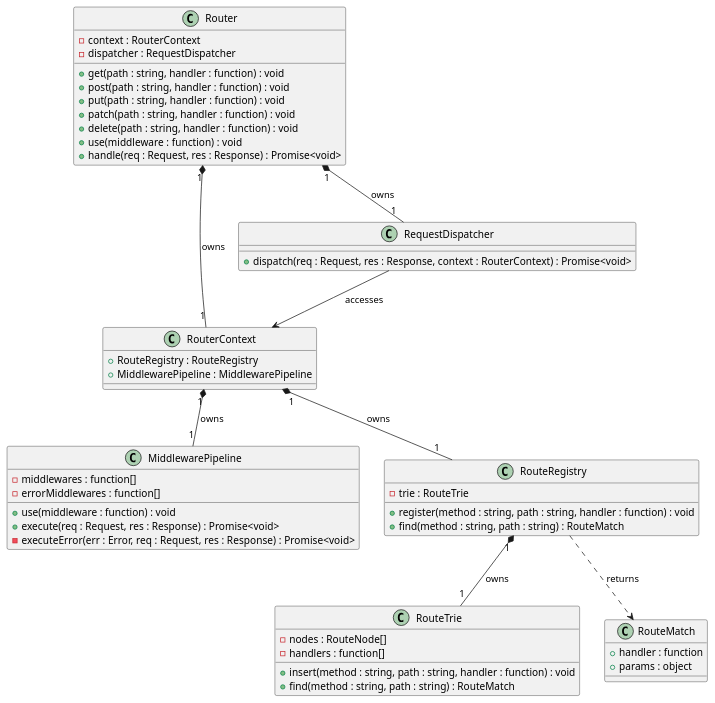
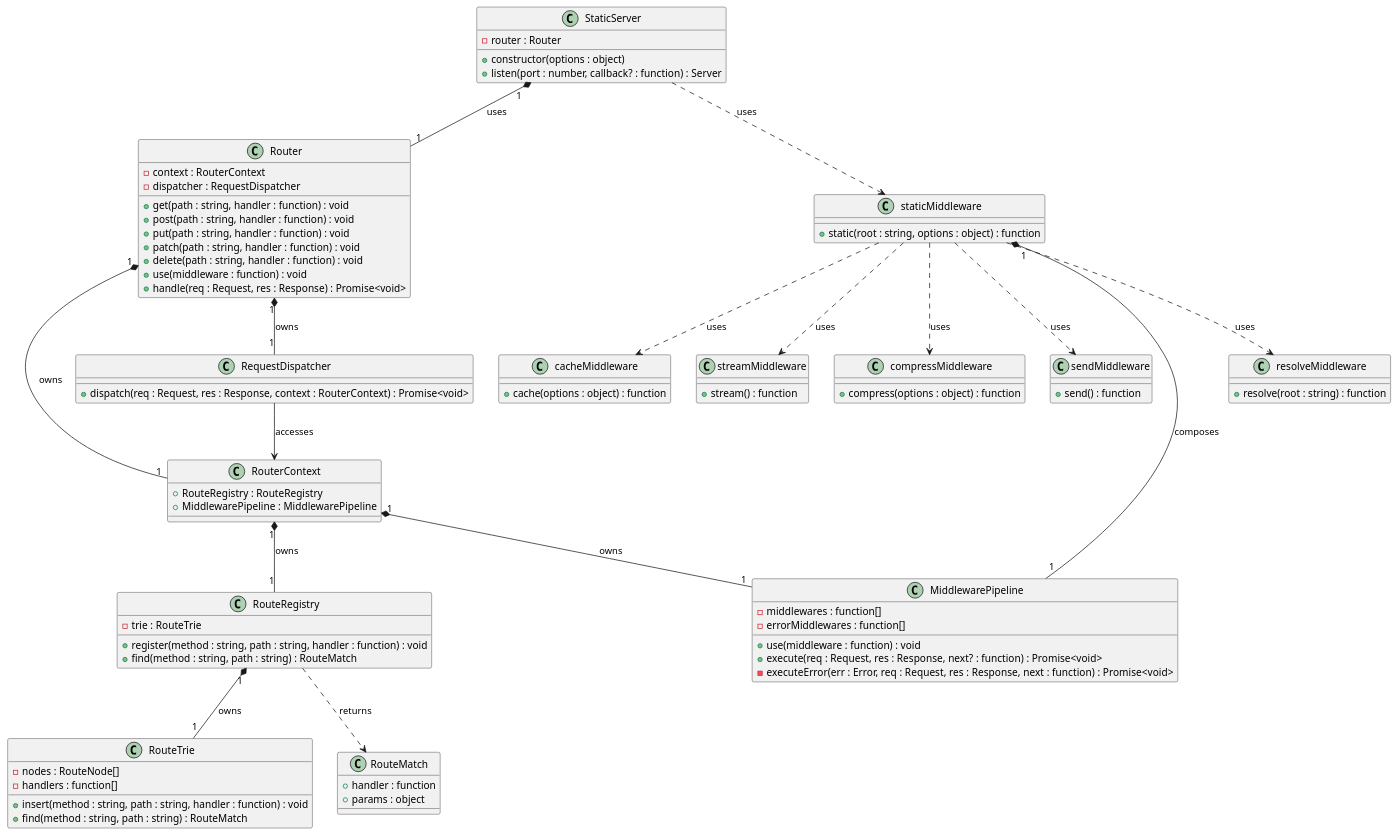
The diagram in docs/class diagrams/diagram.puml (Ali-Wael-Hassan/duck-node-router), drawn with PlantUML before and after one commit. The commit also changed 15 other files, not shown here.

Commit message:
Implemented: static file pipeline middleware (resolve, cache, stream, compress, send), StaticServer, req.handled dispatch support, req.path normalization. Updated: README, class diagram, and sequence diagrams. Fixed: MiddlewarePipeline error-middleware infinite recursion, src/server/inedx.js typo

```diff
--- a/docs/class diagrams/diagram.puml
+++ b/docs/class diagrams/diagram.puml
@@ -1,65 +1,108 @@
 @startuml Router
 
 class RouterContext {
     {field} + RouteRegistry : RouteRegistry
     {field} + MiddlewarePipeline : MiddlewarePipeline
 }
 
 class Router {
     {field} - context : RouterContext
     {field} - dispatcher : RequestDispatcher
 
     {method} + get(path : string, handler : function) : void
     {method} + post(path : string, handler : function) : void
     {method} + put(path : string, handler : function) : void
     {method} + patch(path : string, handler : function) : void
     {method} + delete(path : string, handler : function) : void
     {method} + use(middleware : function) : void
     {method} + handle(req : Request, res : Response) : Promise<void>
 }
 
 class MiddlewarePipeline {
     {field} - middlewares : function[]
     {field} - errorMiddlewares : function[]
 
     {method} + use(middleware : function) : void
-    {method} + execute(req : Request, res : Response) : Promise<void>
-    {method} - executeError(err : Error, req : Request, res : Response) : Promise<void>
+    {method} + execute(req : Request, res : Response, next? : function) : Promise<void>
+    {method} - executeError(err : Error, req : Request, res : Response, next : function) : Promise<void>
 }
 
 class RouteRegistry {
     {field} - trie : RouteTrie
 
     {method} + register(method : string, path : string, handler : function) : void
     {method} + find(method : string, path : string) : RouteMatch
 }
 
 class RouteTrie {
     {field} - nodes : RouteNode[]
     {field} - handlers : function[]
 
     {method} + insert(method : string, path : string, handler : function) : void
     {method} + find(method : string, path : string) : RouteMatch
 }
 
 class RequestDispatcher {
     {method} + dispatch(req : Request, res : Response, context : RouterContext) : Promise<void>
 }
 
 class RouteMatch {
     {field} + handler : function
     {field} + params : object
 }
 
+class StaticServer {
+    {field} - router : Router
+
+    {method} + constructor(options : object)
+    {method} + listen(port : number, callback? : function) : Server
+}
+
+' --- static middleware pipeline ---
+
+class staticMiddleware {
+    {method} + static(root : string, options : object) : function
+}
+
+class resolveMiddleware {
+    {method} + resolve(root : string) : function
+}
+
+class cacheMiddleware {
+    {method} + cache(options : object) : function
+}
+
+class streamMiddleware {
+    {method} + stream() : function
+}
+
+class compressMiddleware {
+    {method} + compress(options : object) : function
+}
+
+class sendMiddleware {
+    {method} + send() : function
+}
+
 Router "1" *-- "1" RouterContext : owns
 Router "1" *-- "1" RequestDispatcher : owns
 
 RouterContext "1" *-- "1" RouteRegistry : owns
 RouterContext "1" *-- "1" MiddlewarePipeline : owns
 
 RouteRegistry "1" *-- "1" RouteTrie : owns
 RouteRegistry ..> RouteMatch : returns
 
 RequestDispatcher --> RouterContext : accesses
 
+StaticServer "1" *-- "1" Router : uses
+StaticServer ..> staticMiddleware : uses
+
+staticMiddleware "1" *-- "1" MiddlewarePipeline : composes
+staticMiddleware ..> resolveMiddleware : uses
+staticMiddleware ..> cacheMiddleware : uses
+staticMiddleware ..> streamMiddleware : uses
+staticMiddleware ..> compressMiddleware : uses
+staticMiddleware ..> sendMiddleware : uses
+
 @enduml
```
